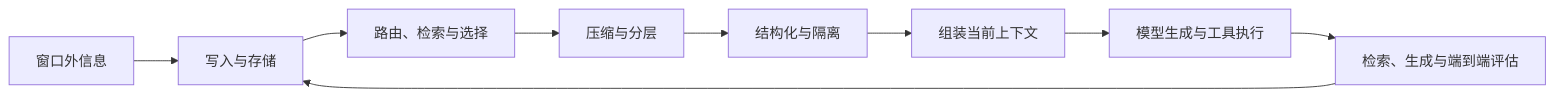
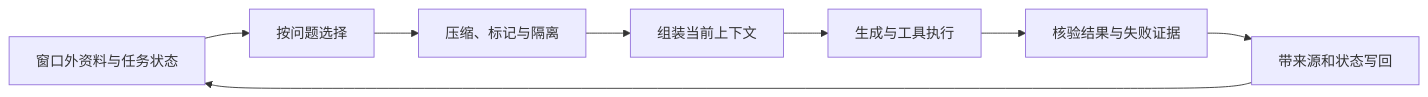
Before and after one commit to StarMeteoritePavilion/obsidian-ai: the diagram in wiki/syntheses/上下文工程：有限窗口中的信息治理.md, drawn with Mermaid. The commit also changed other lines of this file and 26 other files, not shown here.

````diff
--- a/wiki/syntheses/上下文工程：有限窗口中的信息治理.md
+++ b/wiki/syntheses/上下文工程：有限窗口中的信息治理.md
@@ -18,11 +18,10 @@
 ```mermaid
 flowchart LR
-    A["窗口外信息"] --> B["写入与存储"]
-    B --> C["路由、检索与选择"]
-    C --> D["压缩与分层"]
-    D --> E["结构化与隔离"]
-    E --> F["组装当前上下文"]
-    F --> G["模型生成与工具执行"]
-    G --> H["检索、生成与端到端评估"]
-    H --> B
+    A["窗口外资料与任务状态"] --> B["按问题选择"]
+    B --> C["压缩、标记与隔离"]
+    C --> D["组装当前上下文"]
+    D --> E["生成与工具执行"]
+    E --> F["核验结果与失败证据"]
+    F --> G["带来源和状态写回"]
+    G --> A
 ```
````
